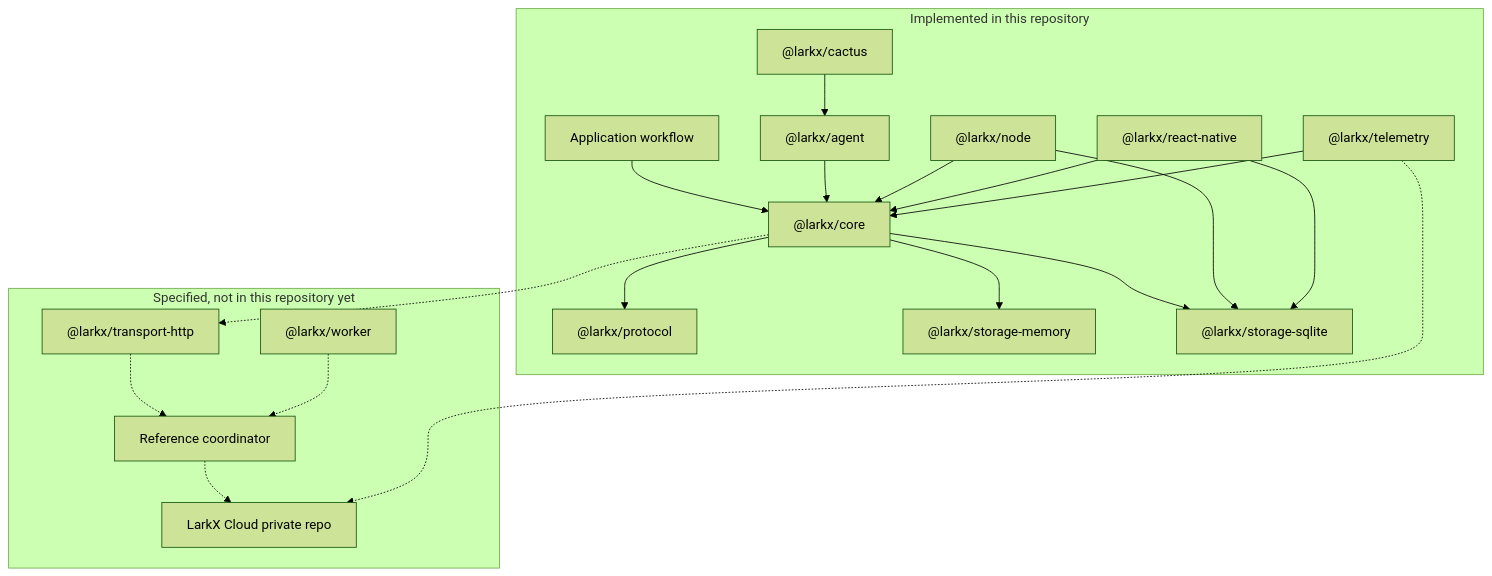
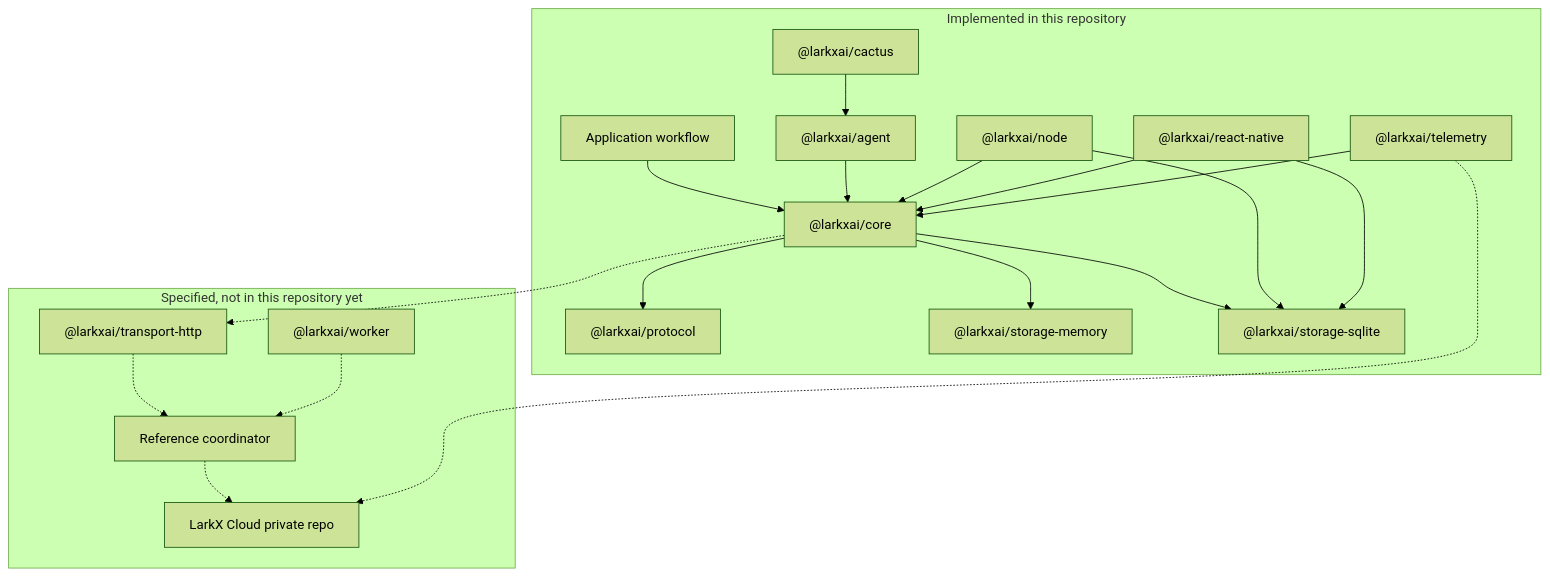
Before and after one commit to zqf20096327/dbhub_collect: the diagram in data/readmes/larkxai__larkx.md, drawn with Mermaid (forest theme). The commit also changed other lines of this file and 637 other files, not shown here.

````diff
--- a/data/readmes/larkxai__larkx.md
+++ b/data/readmes/larkxai__larkx.md
@@ -140,39 +251,39 @@
 ```mermaid
 flowchart TB
   subgraph implemented [Implemented in this repository]
     app[Application workflow]
-    core["@larkx/core"]
-    protocol["@larkx/protocol"]
-    memory["@larkx/storage-memory"]
-    sqlite["@larkx/storage-sqlite"]
-    node["@larkx/node"]
-    rn["@larkx/react-native"]
-    agent["@larkx/agent"]
-    cactus["@larkx/cactus"]
-    telemetry["@larkx/telemetry"]
+    core["@larkxai/core"]
+    protocol["@larkxai/protocol"]
+    memory["@larkxai/storage-memory"]
+    sqlite["@larkxai/storage-sqlite"]
+    node["@larkxai/node"]
+    rn["@larkxai/react-native"]
+    agent["@larkxai/agent"]
+    cactus["@larkxai/cactus"]
+    telemetry["@larkxai/telemetry"]
     app --> core
     agent --> core
     core --> protocol
     core --> memory
     core --> sqlite
     node --> sqlite
     node --> core
     rn --> sqlite
     rn --> core
     cactus --> agent
     telemetry --> core
   end
 
   subgraph later [Specified, not in this repository yet]
-    transport["@larkx/transport-http"]
-    worker["@larkx/worker"]
+    transport["@larkxai/transport-http"]
+    worker["@larkxai/worker"]
     coordinator[Reference coordinator]
     cloud[LarkX Cloud private repo]
   end
 
   core -.-> transport
   transport -.-> coordinator
   worker -.-> coordinator
   coordinator -.-> cloud
   telemetry -.-> cloud
 ```
````
